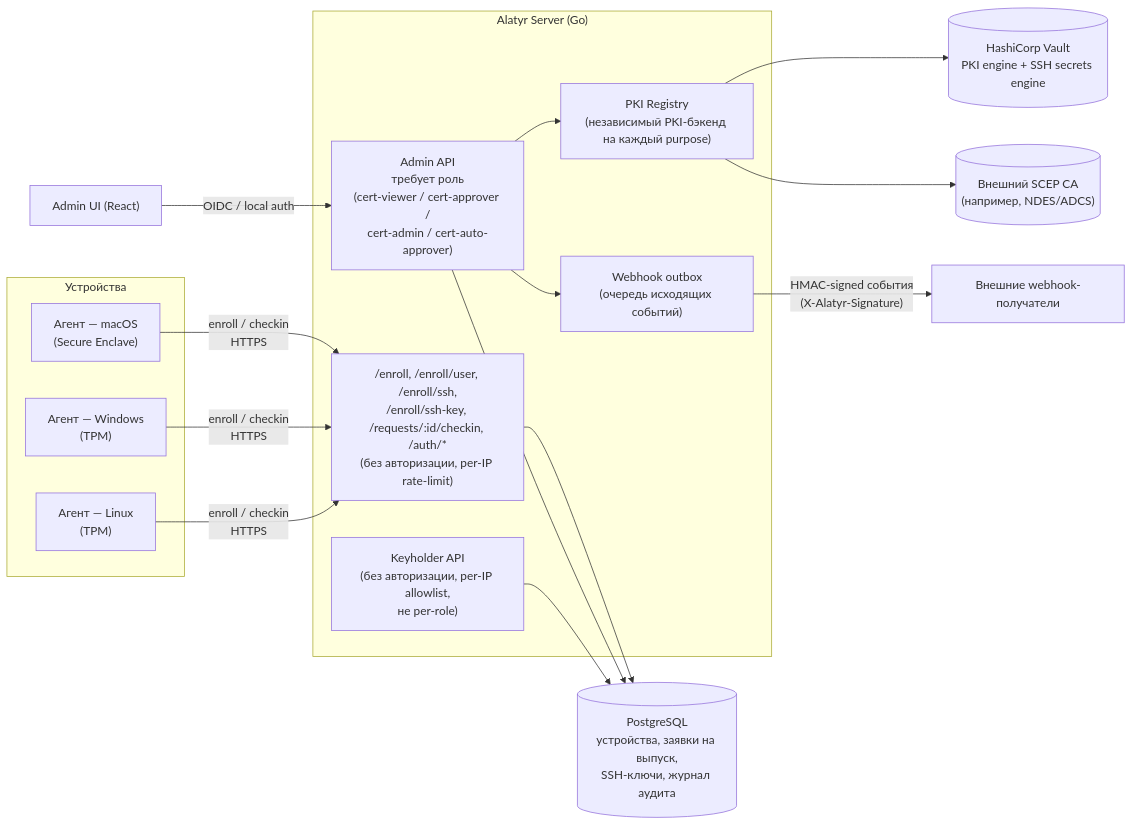
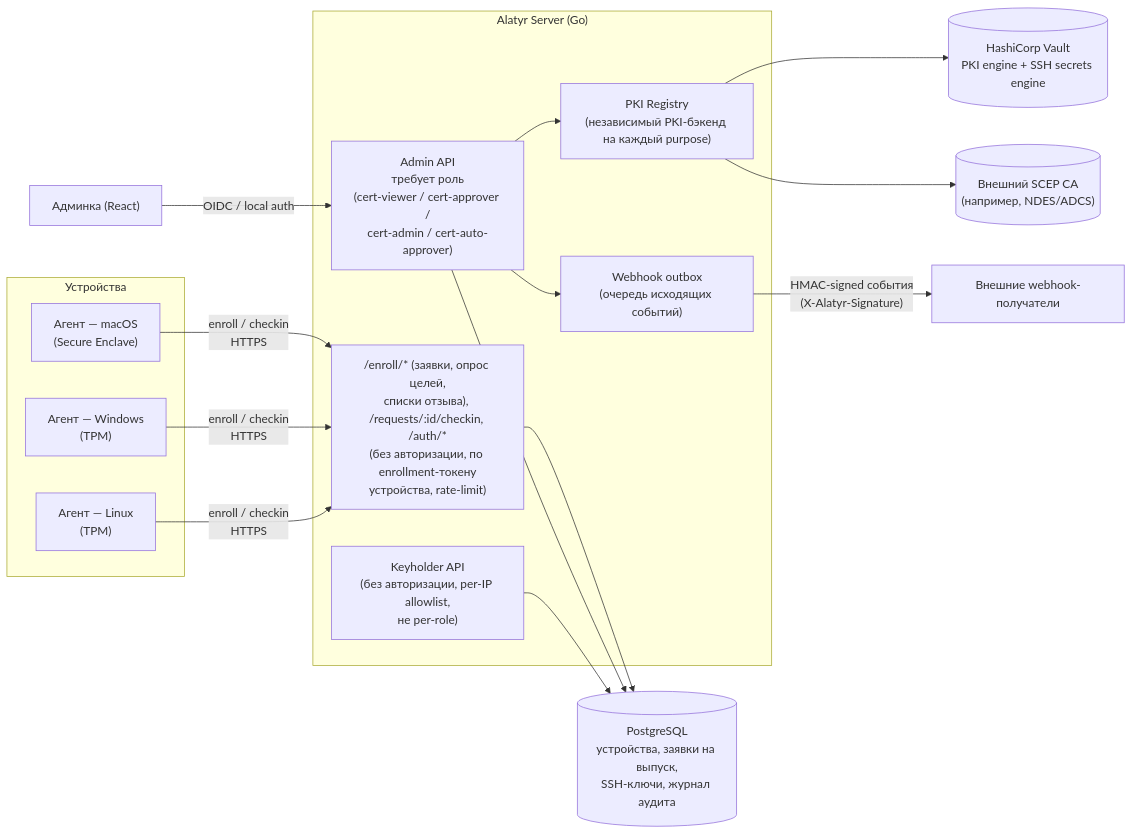
One commit to s3m4rgl/alatyr-docs changed the first of 2 diagrams in docs/architecture.md. Above: the diagram before and after it, drawn with Mermaid. The commit also changed other lines of this file and 6 other files, not shown here.

````diff
--- a/docs/architecture.md
+++ b/docs/architecture.md
@@ -10,35 +17,35 @@
 ```mermaid
 flowchart LR
     subgraph Devices["Устройства"]
         AgentMac["Агент — macOS<br/>(Secure Enclave)"]
         AgentWin["Агент — Windows<br/>(TPM)"]
         AgentLinux["Агент — Linux<br/>(TPM)"]
     end
 
-    Admin["Admin UI (React)"]
+    Admin["Админка (React)"]
 
     subgraph Server["Alatyr Server (Go)"]
-        Unauth["/enroll, /enroll/user, /enroll/ssh,<br/>/enroll/ssh-key, /requests/:id/checkin, /auth/*<br/>(без авторизации, per-IP rate-limit)"]
+        Unauth["/enroll/* (заявки, опрос целей,<br/>списки отзыва), /requests/:id/checkin, /auth/*<br/>(без авторизации, по enrollment-токену<br/>устройства, rate-limit)"]
         AdminAPI["Admin API<br/>требует роль<br/>(cert-viewer / cert-approver /<br/>cert-admin / cert-auto-approver)"]
         PKIReg["PKI Registry<br/>(независимый PKI-бэкенд на каждый purpose)"]
         Outbox["Webhook outbox<br/>(очередь исходящих событий)"]
         Keyholder["Keyholder API<br/>(без авторизации, per-IP allowlist,<br/>не per-role)"]
     end
 
     DB[("PostgreSQL<br/>устройства, заявки на выпуск,<br/>SSH-ключи, журнал аудита")]
     Vault[("HashiCorp Vault<br/>PKI engine + SSH secrets engine")]
     SCEPCA[("Внешний SCEP CA<br/>(например, NDES/ADCS)")]
 
     AgentMac -- "enroll / checkin<br/>HTTPS" --> Unauth
     AgentWin -- "enroll / checkin<br/>HTTPS" --> Unauth
     AgentLinux -- "enroll / checkin<br/>HTTPS" --> Unauth
     Admin -- "OIDC / local auth" --> AdminAPI
     Unauth --> DB
     AdminAPI --> DB
     AdminAPI --> PKIReg
     AdminAPI --> Outbox
     PKIReg --> Vault
     PKIReg --> SCEPCA
     Keyholder --> DB
     Outbox -- "HMAC-signed события<br/>(X-Alatyr-Signature)" --> ExternalHooks["Внешние webhook-получатели"]
 ```
````
